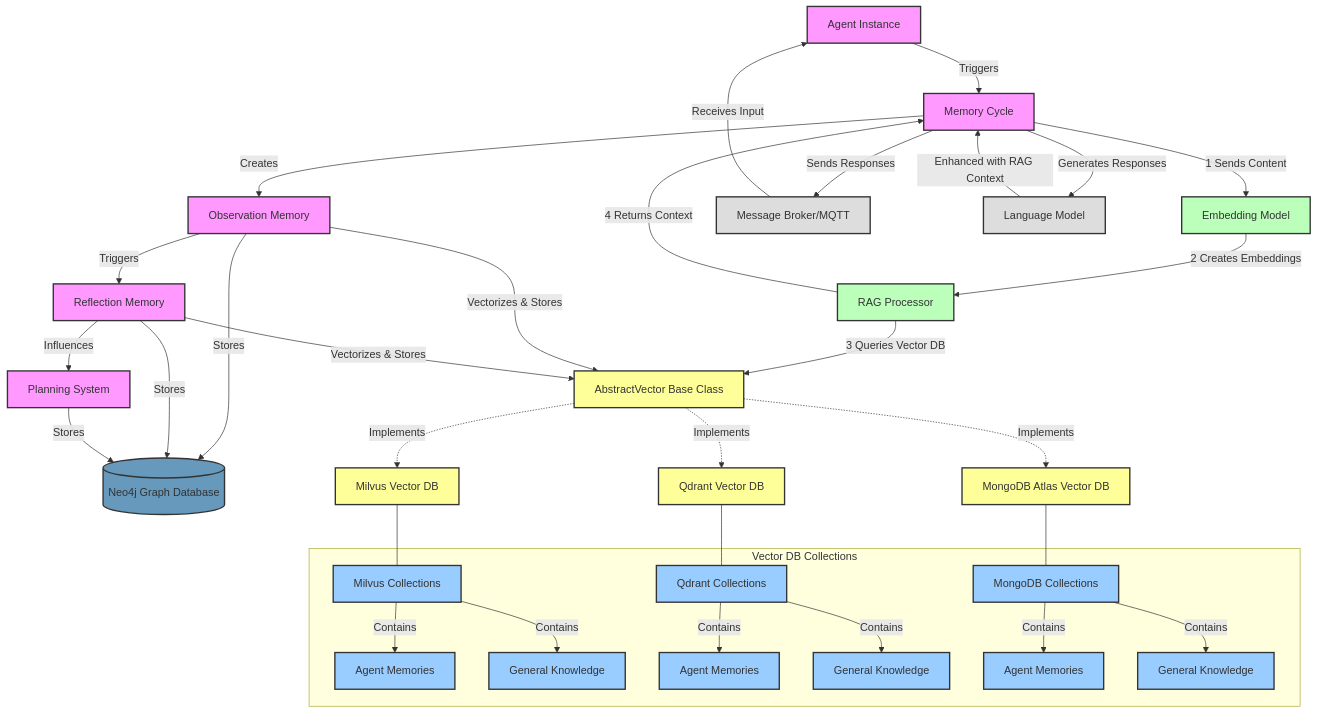
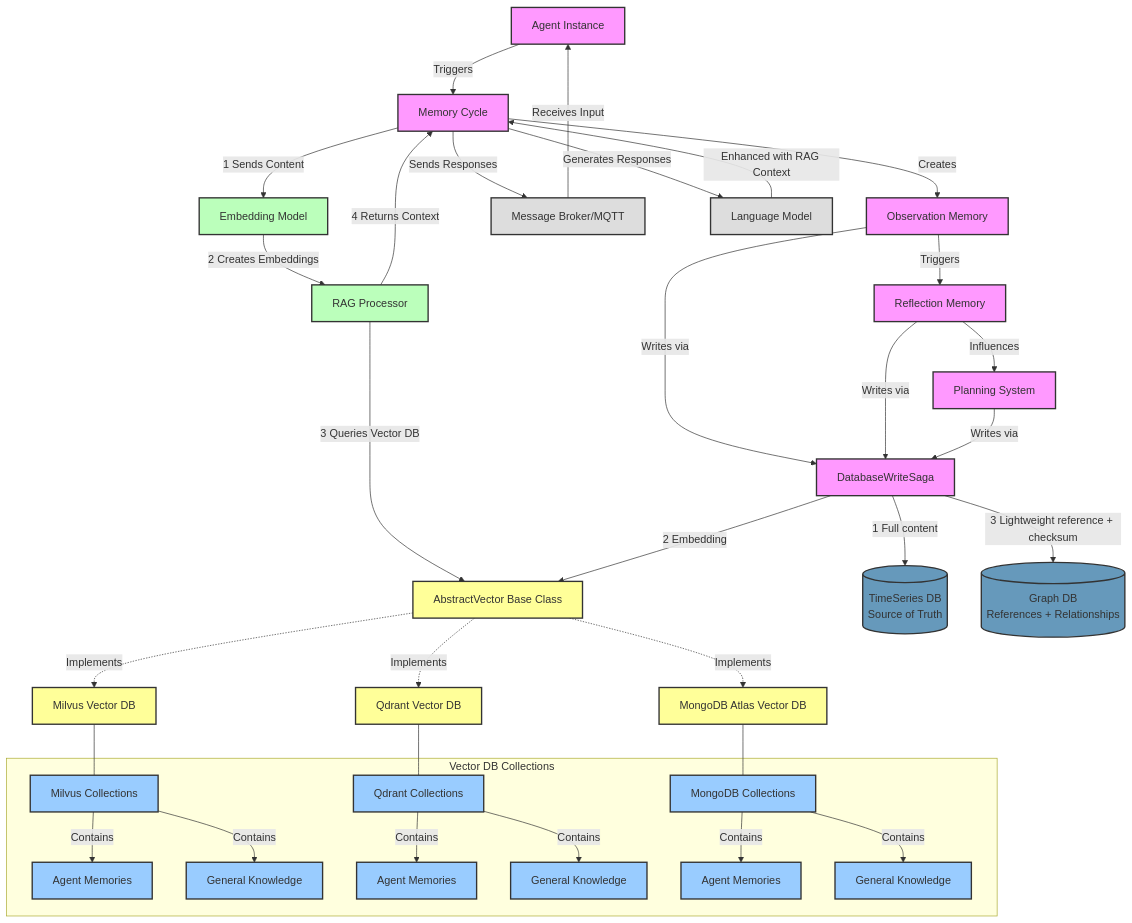
One commit to XMPro/Multi-Agent changed the first of 4 diagrams in docs/technical-details/memory_cycle.md. Above: the diagram before and after it, drawn with Mermaid. The commit also changed other lines of this file and 11 other files, not shown here.

````diff
--- a/docs/technical-details/memory_cycle.md
+++ b/docs/technical-details/memory_cycle.md
@@ -9,71 +9,74 @@
 ```mermaid
 graph TB
     Agent[Agent Instance]
     MC[Memory Cycle]
     ObsM[Observation Memory]
     RefM[Reflection Memory]
     Plan[Planning System]
     
     EmbeddingModel[Embedding Model]
     RAGProcessor[RAG Processor]
     
     VectorDBAbstract[AbstractVector Base Class]
     
     MQTT[Message Broker/MQTT]
-    Neo4j[(Neo4j Graph Database)]
+    Saga[DatabaseWriteSaga]
+    TS[(TimeSeries DB<br/>Source of Truth)]
+    Neo4j[(Graph DB<br/>References + Relationships)]
     LLM[Language Model]
     
     MQTT -->|Receives Input| Agent
     Agent -->|Triggers| MC
     
     MC -->|Creates| ObsM
     ObsM -->|Triggers| RefM
     RefM -->|Influences| Plan
     
     MC -->|1 Sends Content| EmbeddingModel
     EmbeddingModel -->|2 Creates Embeddings| RAGProcessor
     RAGProcessor -->|3 Queries Vector DB| VectorDBAbstract
     RAGProcessor -->|4 Returns Context| MC
     
-    ObsM -->|Stores| Neo4j
-    ObsM -->|Vectorizes & Stores| VectorDBAbstract
-    RefM -->|Stores| Neo4j
-    RefM -->|Vectorizes & Stores| VectorDBAbstract
-    Plan -->|Stores| Neo4j
+    ObsM -->|Writes via| Saga
+    RefM -->|Writes via| Saga
+    Plan -->|Writes via| Saga
+    Saga -->|1 Full content| TS
+    Saga -->|2 Embedding| VectorDBAbstract
+    Saga -->|3 Lightweight reference + checksum| Neo4j
     
     MC -->|Generates Responses| LLM
     LLM -->|Enhanced with RAG Context| MC
     
     MC -->|Sends Responses| MQTT
     
     VectorDBAbstract -.->|Implements| Milvus[Milvus Vector DB]
     VectorDBAbstract -.->|Implements| Qdrant[Qdrant Vector DB]
     VectorDBAbstract -.->|Implements| MongoDB[MongoDB Atlas Vector DB]
     
     Milvus --- MilvusCollections[Milvus Collections]
     Qdrant --- QdrantCollections[Qdrant Collections]
     MongoDB --- MongoCollections[MongoDB Collections]
     
     subgraph Vector DB Collections
         MilvusCollections -->|Contains| MilvusAgent[Agent Memories]
         MilvusCollections -->|Contains| MilvusGeneral[General Knowledge]
         QdrantCollections -->|Contains| QdrantAgent[Agent Memories]
         QdrantCollections -->|Contains| QdrantGeneral[General Knowledge]
         MongoCollections -->|Contains| MongoAgent[Agent Memories]
         MongoCollections -->|Contains| MongoGeneral[General Knowledge]
     end
     
     classDef mainComponent fill:#f9f,stroke:#333,stroke-width:2px
     classDef database fill:#69b,stroke:#333,stroke-width:2px
     classDef ragComponent fill:#bfb,stroke:#333,stroke-width:2px
     classDef external fill:#ddd,stroke:#333,stroke-width:2px
     classDef vectorDB fill:#ff9,stroke:#333,stroke-width:2px
     classDef collection fill:#9cf,stroke:#333,stroke-width:2px
     
-    class Agent,MC,ObsM,RefM,Plan mainComponent
-    class Neo4j database
+    class Agent,MC,ObsM,RefM,Plan,Saga mainComponent
+    class Neo4j,TS database
     class EmbeddingModel,RAGProcessor ragComponent
     class MQTT,LLM external
     class VectorDBAbstract,Milvus,Qdrant,MongoDB vectorDB
     class MilvusCollections,QdrantCollections,MongoCollections,MilvusAgent,MilvusGeneral,QdrantAgent,QdrantGeneral,MongoAgent,MongoGeneral collection
 ```
````
